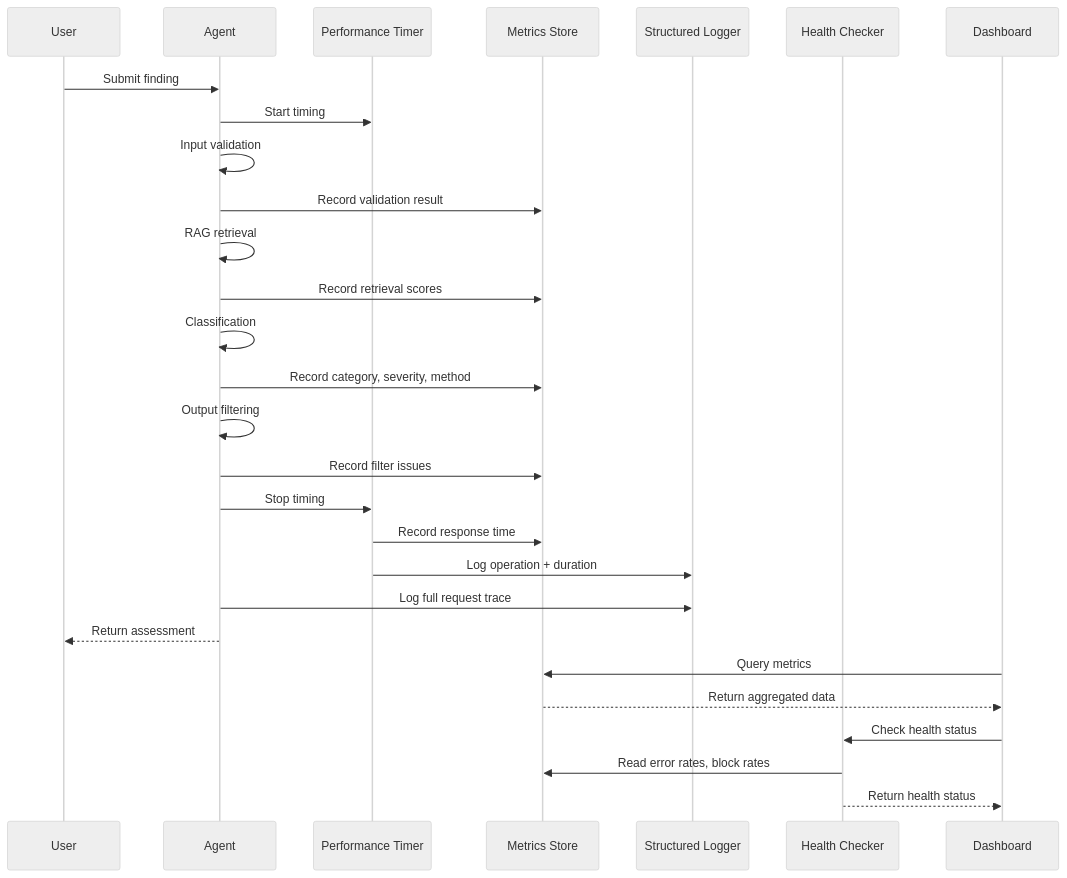
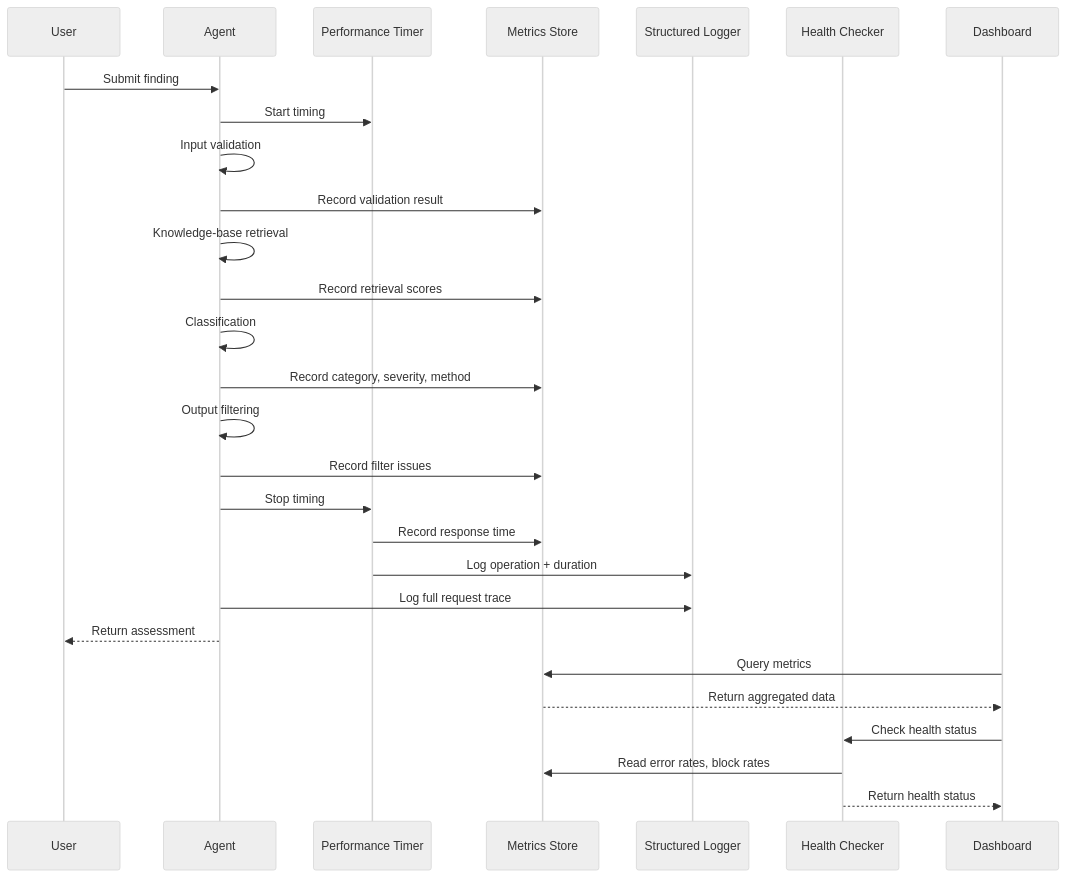
Before and after one commit to tukue/devsecops-platform-agent: the ninth of 10 diagrams in README.md, drawn with Mermaid (neutral theme). The commit also changed other lines of this file and 4 other files, not shown here.

````diff
--- a/README.md
+++ b/README.md
@@ -557,38 +562,38 @@
 ```mermaid
 sequenceDiagram
     participant User
     participant Agent
     participant Timer as Performance Timer
     participant Metrics as Metrics Store
     participant Logs as Structured Logger
     participant Health as Health Checker
     participant Dashboard as Dashboard
 
     User->>Agent: Submit finding
     Agent->>Timer: Start timing
 
     Agent->>Agent: Input validation
     Agent->>Metrics: Record validation result
 
-    Agent->>Agent: RAG retrieval
+    Agent->>Agent: Knowledge-base retrieval
     Agent->>Metrics: Record retrieval scores
 
     Agent->>Agent: Classification
     Agent->>Metrics: Record category, severity, method
 
     Agent->>Agent: Output filtering
     Agent->>Metrics: Record filter issues
 
     Agent->>Timer: Stop timing
     Timer->>Metrics: Record response time
     Timer->>Logs: Log operation + duration
 
     Agent->>Logs: Log full request trace
     Agent-->>User: Return assessment
 
     Dashboard->>Metrics: Query metrics
     Metrics-->>Dashboard: Return aggregated data
     Dashboard->>Health: Check health status
     Health->>Metrics: Read error rates, block rates
     Health-->>Dashboard: Return health status
 ```
````
